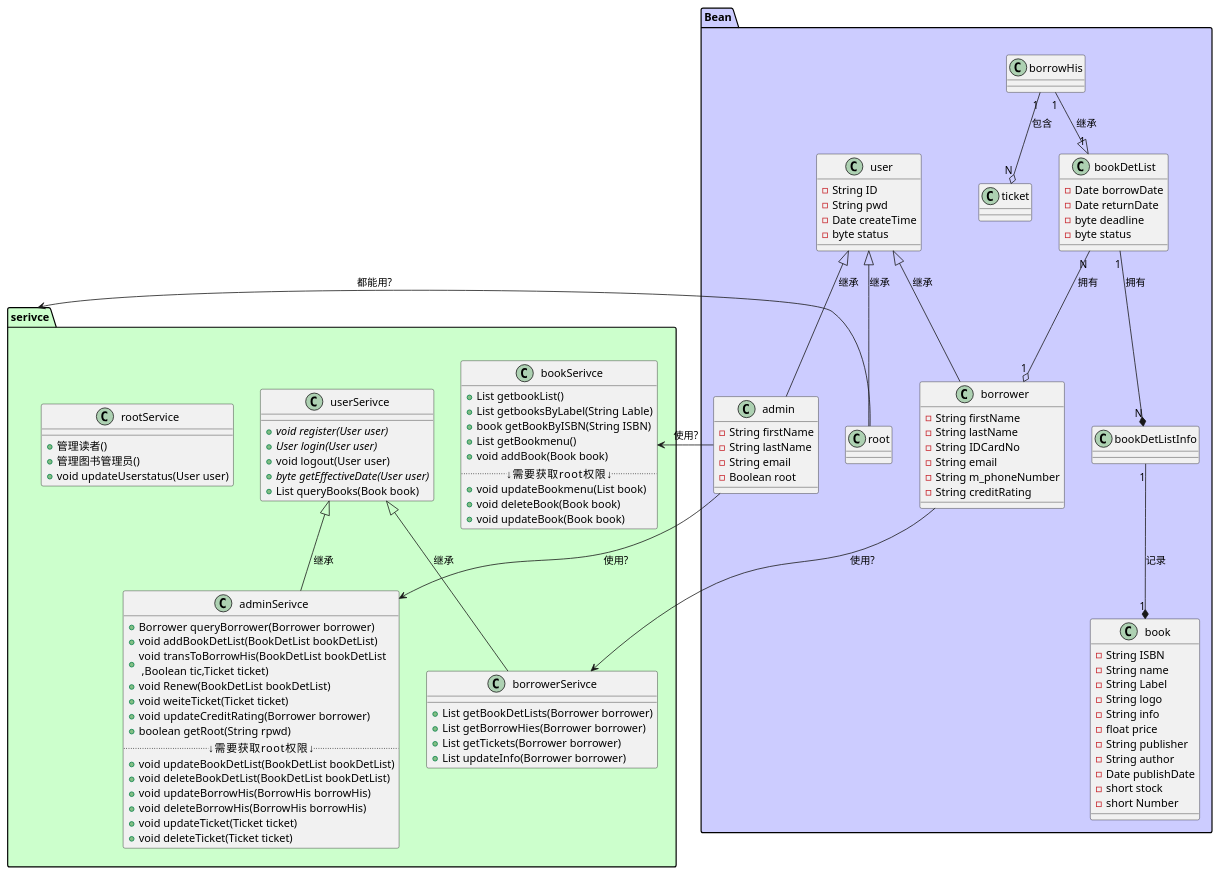
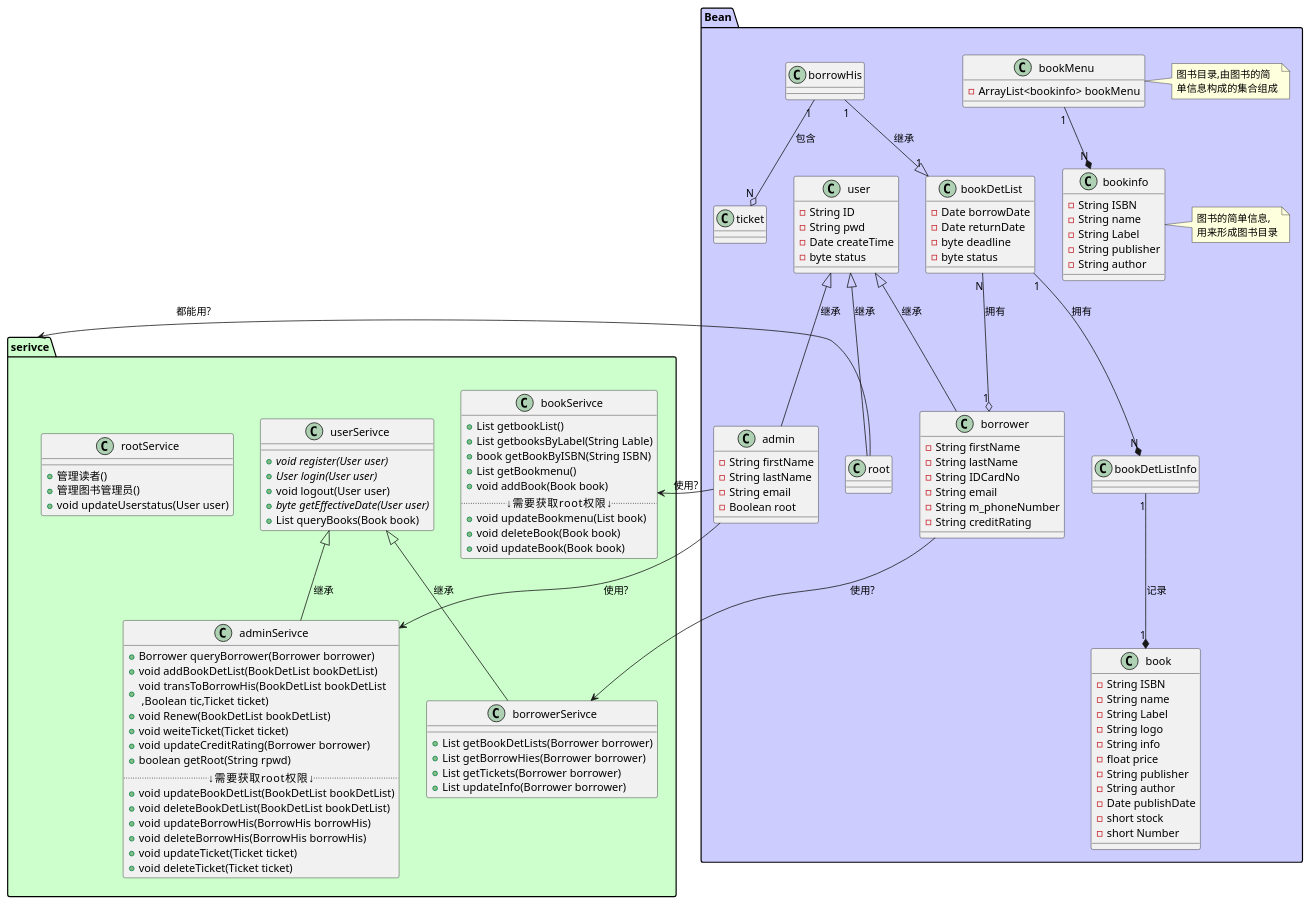
Before and after one commit to 201610414130/is_analysis-4: the diagram in test3/classView.pu, drawn with PlantUML. The commit also changed 2 other files, not shown here.

```diff
--- a/test3/classView.pu
+++ b/test3/classView.pu
@@ -1,121 +1,134 @@
 @startuml classView
 ' 由于继承关系,未覆盖的属性或方法不再列出
 ' 由于篇幅关系,省略类的set/get方法
 package Bean #ccf{
     class user{
         -String ID
         -String pwd
         -Date createTime
         -byte status
     }
     class borrower{
         -String firstName
         -String lastName
         -String IDCardNo
         -String email
         -String m_phoneNumber
         -String creditRating
     }
     class admin{
         -String firstName
         -String lastName
         -String email
         -Boolean root
     }
     class root{
 
     }
     borrower -up-|> user:继承
     admin -up-|> user:继承
     root -up-|> user:继承
+    
+    class bookinfo{
+        -String ISBN
+        -String name
+        -String Label
+        -String publisher
+        -String author
+    }
+    note right: 图书的简单信息,\n用来形成图书目录
 
+    class bookMenu{
+        -ArrayList<bookinfo> bookMenu
+    }
+    note right: 图书目录,由图书的简\n单信息构成的集合组成
+    bookMenu "1" --* "N" bookinfo
     class book{
         -String ISBN
         -String name
         -String Label
         -String logo
         -String info
         -float price
         -String publisher
         -String author
         -Date publishDate
         -short stock
         -short Number
-
     }
     class bookDetList{
         -Date borrowDate
         -Date returnDate
         -byte deadline
         -byte status
     }
     class bookDetListInfo{
 
     }
     class borrowHis{
 
     }
     class ticket{
 
     }
     bookDetListInfo "1" --* "1" book:记录
     bookDetList "N" --o "1" borrower:拥有
     borrowHis "1" --|> "1" bookDetList:继承
     bookDetList "1" --* "N" bookDetListInfo:拥有
     borrowHis "1" --o "N" ticket:包含
     ' admin "1" -- "N" bookDetList:管理维护
 }
 package serivce #cfc{
     class userSerivce{
         {abstract}+void register(User user)
         {abstract}+User login(User user)
         +void logout(User user)
         {abstract}+byte getEffectiveDate(User user)
         +List queryBooks(Book book)
     }
     class borrowerSerivce{
         +List getBookDetLists(Borrower borrower)
         +List getBorrowHies(Borrower borrower)
         +List getTickets(Borrower borrower)
         +List updateInfo(Borrower borrower)
     }
     class adminSerivce{
         +Borrower queryBorrower(Borrower borrower)
         +void addBookDetList(BookDetList bookDetList)
         +void transToBorrowHis(BookDetList bookDetList\n ,Boolean tic,Ticket ticket)
         +void Renew(BookDetList bookDetList)
         +void weiteTicket(Ticket ticket)
         +void updateCreditRating(Borrower borrower)
         +boolean getRoot(String rpwd)
         ..↓需要获取root权限↓..
         +void updateBookDetList(BookDetList bookDetList)
         +void deleteBookDetList(BookDetList bookDetList)
         +void updateBorrowHis(BorrowHis borrowHis)
         +void deleteBorrowHis(BorrowHis borrowHis)
         +void updateTicket(Ticket ticket)
         +void deleteTicket(Ticket ticket)
     }
     class bookSerivce{
         +List getbookList()
         +List getbooksByLabel(String Lable)
         +book getBookByISBN(String ISBN)
         +List getBookmenu()
         +void addBook(Book book)
         ..↓需要获取root权限↓..
         +void updateBookmenu(List book)
         +void deleteBook(Book book)
         +void updateBook(Book book)
     }
     class rootService{
         +管理读者()
         +管理图书管理员()
         +void updateUserstatus(User user)
     }
     borrowerSerivce -up-|>userSerivce:继承
     adminSerivce -up-|>userSerivce:继承
 }
 admin -> bookSerivce:使用?
 admin -> adminSerivce:使用?
 borrower -> borrowerSerivce:使用?
 root -> serivce:都能用?
 @enduml
```
